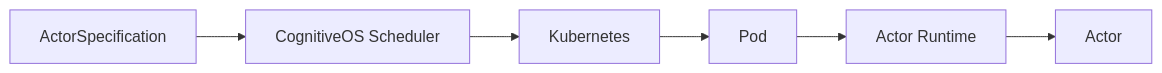
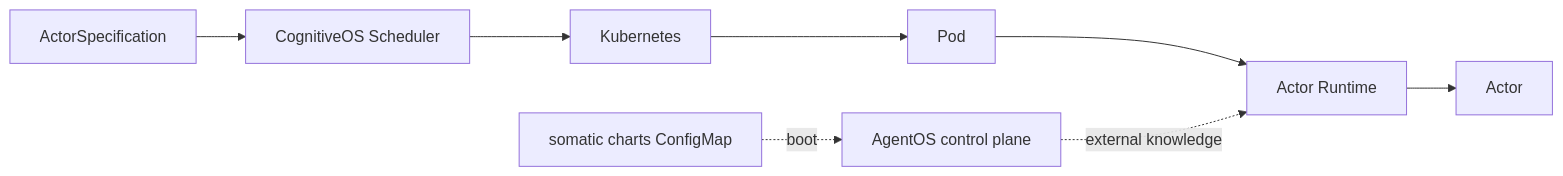
Before and after one commit to monkeypatched-stack/cogitive-os: the tenth of 25 diagrams in docs/DIAGRAMS.md, drawn with Mermaid. The commit also changed other lines of this file, not shown here.

Commit message:
adding diagrams

````diff
--- a/docs/DIAGRAMS.md
+++ b/docs/DIAGRAMS.md
@@ -403,8 +482,10 @@
 ```mermaid
 flowchart LR
     Spec["ActorSpecification"] --> Sched["CognitiveOS Scheduler"]
     Sched --> K8s["Kubernetes"]
     K8s --> Pod["Pod"]
+    Charts["somatic charts ConfigMap"] -.->|boot| CP["AgentOS control plane"]
     Pod --> RT["Actor Runtime"]
     RT --> A["Actor"]
+    CP -.->|external knowledge| RT
 ```
````
